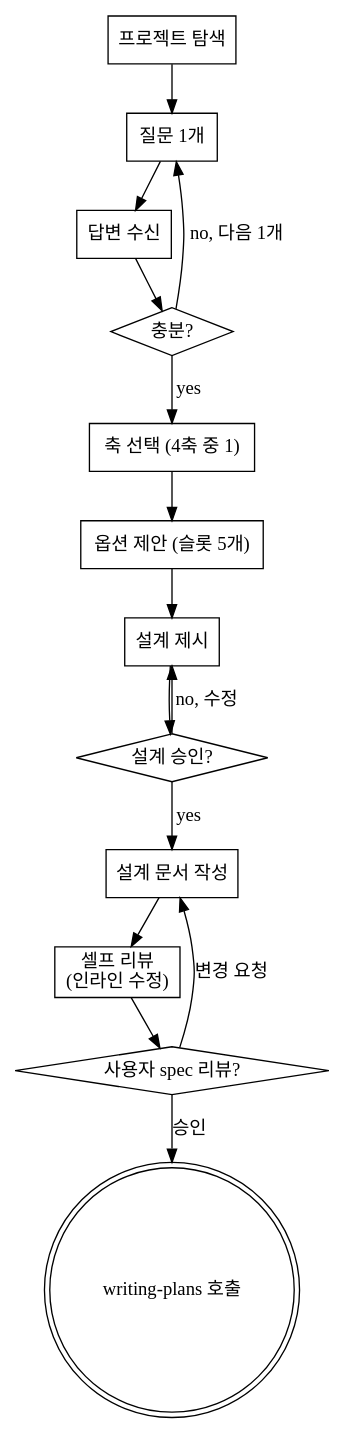
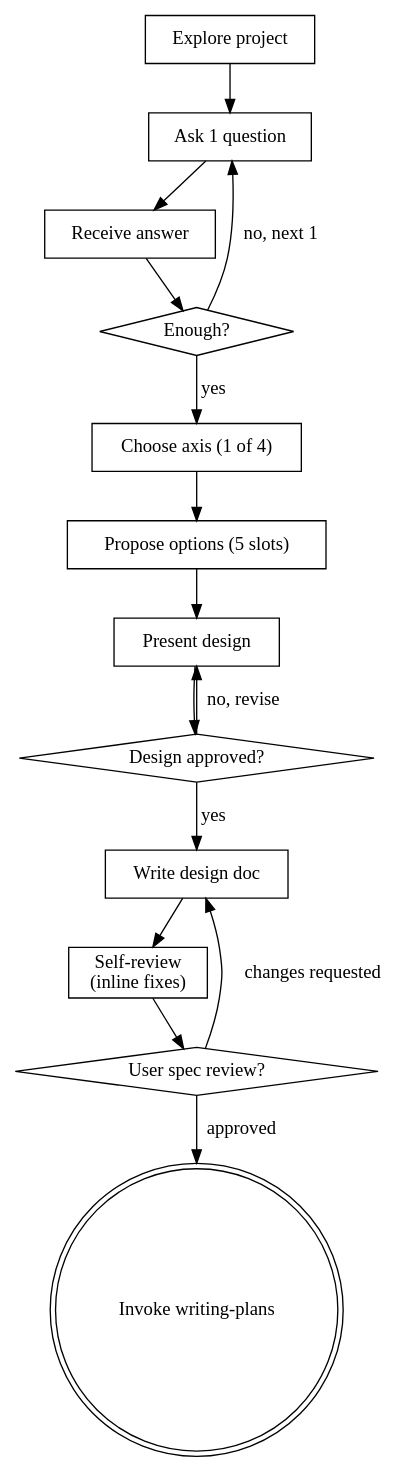
Before and after one commit to TGoddessana/deep-kiss: the diagram in skills/flirt/SKILL.md, drawn with Graphviz. The commit also changed other lines of this file and 1 other file, not shown here.

````diff
--- a/skills/flirt/SKILL.md
+++ b/skills/flirt/SKILL.md
@@ -59,31 +59,31 @@
 ```dot
 digraph flirt {
-    "프로젝트 탐색" [shape=box];
-    "질문 1개" [shape=box];
-    "답변 수신" [shape=box];
-    "충분?" [shape=diamond];
-    "축 선택 (4축 중 1)" [shape=box];
-    "옵션 제안 (슬롯 5개)" [shape=box];
-    "설계 제시" [shape=box];
-    "설계 승인?" [shape=diamond];
-    "설계 문서 작성" [shape=box];
-    "셀프 리뷰\n(인라인 수정)" [shape=box];
-    "사용자 spec 리뷰?" [shape=diamond];
-    "writing-plans 호출" [shape=doublecircle];
+    "Explore project" [shape=box];
+    "Ask 1 question" [shape=box];
+    "Receive answer" [shape=box];
+    "Enough?" [shape=diamond];
+    "Choose axis (1 of 4)" [shape=box];
+    "Propose options (5 slots)" [shape=box];
+    "Present design" [shape=box];
+    "Design approved?" [shape=diamond];
+    "Write design doc" [shape=box];
+    "Self-review\n(inline fixes)" [shape=box];
+    "User spec review?" [shape=diamond];
+    "Invoke writing-plans" [shape=doublecircle];
 
-    "프로젝트 탐색" -> "질문 1개";
-    "질문 1개" -> "답변 수신";
-    "답변 수신" -> "충분?";
-    "충분?" -> "질문 1개" [label="no, 다음 1개"];
-    "충분?" -> "축 선택 (4축 중 1)" [label="yes"];
-    "축 선택 (4축 중 1)" -> "옵션 제안 (슬롯 5개)";
-    "옵션 제안 (슬롯 5개)" -> "설계 제시";
-    "설계 제시" -> "설계 승인?";
-    "설계 승인?" -> "설계 제시" [label="no, 수정"];
-    "설계 승인?" -> "설계 문서 작성" [label="yes"];
-    "설계 문서 작성" -> "셀프 리뷰\n(인라인 수정)";
-    "셀프 리뷰\n(인라인 수정)" -> "사용자 spec 리뷰?";
-    "사용자 spec 리뷰?" -> "설계 문서 작성" [label="변경 요청"];
-    "사용자 spec 리뷰?" -> "writing-plans 호출" [label="승인"];
+    "Explore project" -> "Ask 1 question";
+    "Ask 1 question" -> "Receive answer";
+    "Receive answer" -> "Enough?";
+    "Enough?" -> "Ask 1 question" [label="no, next 1"];
+    "Enough?" -> "Choose axis (1 of 4)" [label="yes"];
+    "Choose axis (1 of 4)" -> "Propose options (5 slots)";
+    "Propose options (5 slots)" -> "Present design";
+    "Present design" -> "Design approved?";
+    "Design approved?" -> "Present design" [label="no, revise"];
+    "Design approved?" -> "Write design doc" [label="yes"];
+    "Write design doc" -> "Self-review\n(inline fixes)";
+    "Self-review\n(inline fixes)" -> "User spec review?";
+    "User spec review?" -> "Write design doc" [label="changes requested"];
+    "User spec review?" -> "Invoke writing-plans" [label="approved"];
 }
 ```
````
